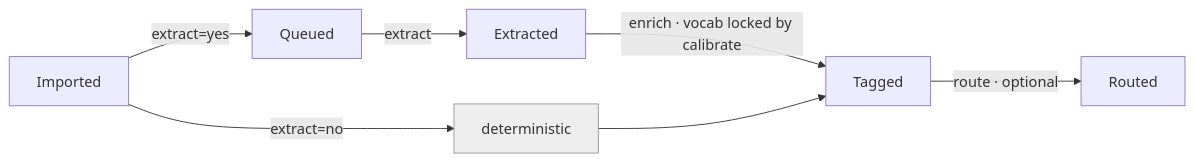
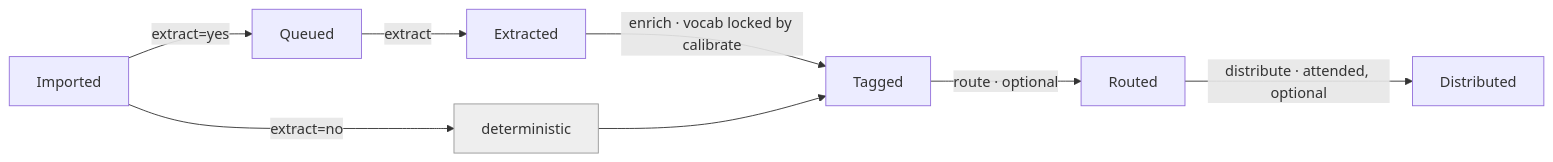
The second of 2 diagrams in README.md (95-ag/insta-save-archive), drawn with Mermaid before and after one commit. The commit also changed other lines of this file, not shown here.

Commit message:
docs: document the distribute stage and its review gate

````diff
--- a/README.md
+++ b/README.md
@@ -87,9 +87,10 @@
 ```mermaid
 flowchart LR
     A[Imported] -->|extract=yes| B[Queued] -->|extract| C[Extracted]
     A -->|extract=no| D[deterministic]
     C -->|"enrich · vocab locked by calibrate"| E[Tagged]
     D --> E
     E -->|"route · optional"| F[Routed]
+    F -->|"distribute · attended, optional"| G[Distributed]
     style D fill:#eee,stroke:#999
 ```
````
